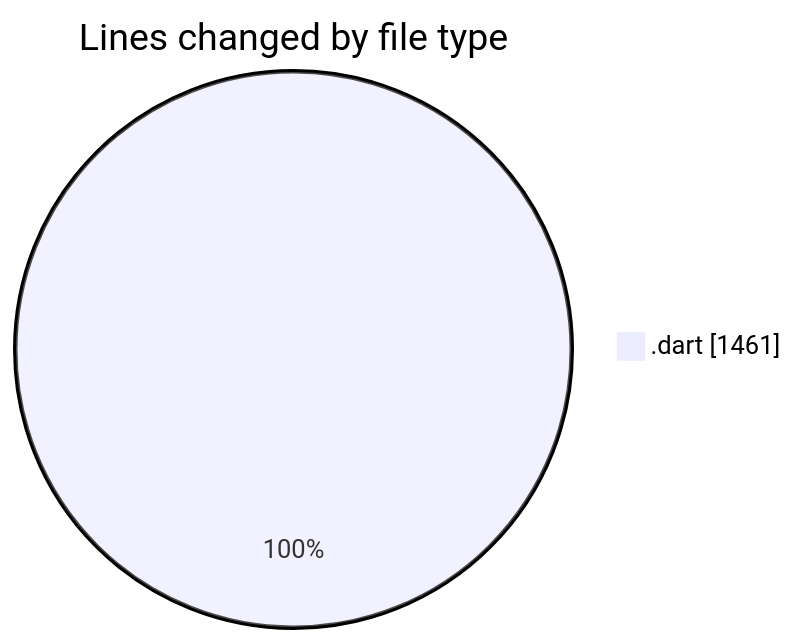
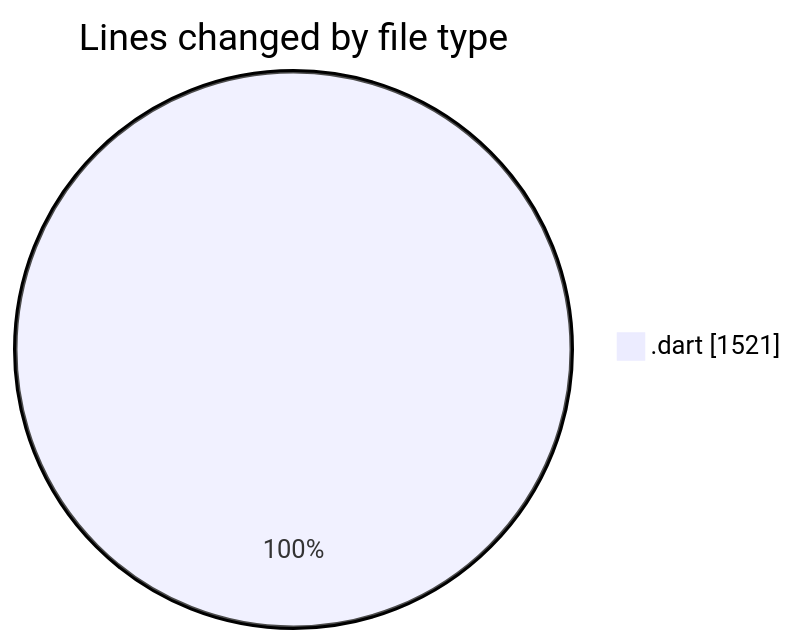
One commit to donsfak/code-tracking changed the first of 2 diagrams in 2025-01-15/trackers_app/README.md. Above: the diagram before and after it, drawn with Mermaid. The commit also changed other lines of this file and 1 other file, not shown here.

````diff
--- a/2025-01-15/trackers_app/README.md
+++ b/2025-01-15/trackers_app/README.md
@@ -29,5 +30,5 @@
 ```mermaid
 pie showData
 title Lines changed by file type
-".dart" : 1461
+".dart" : 1521
 ```
````
